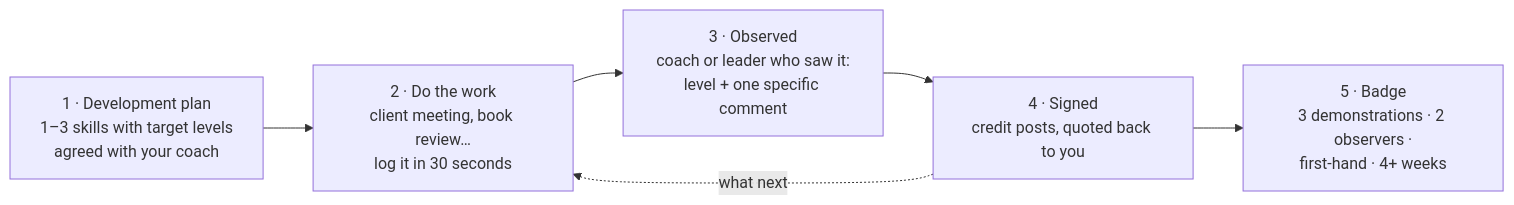
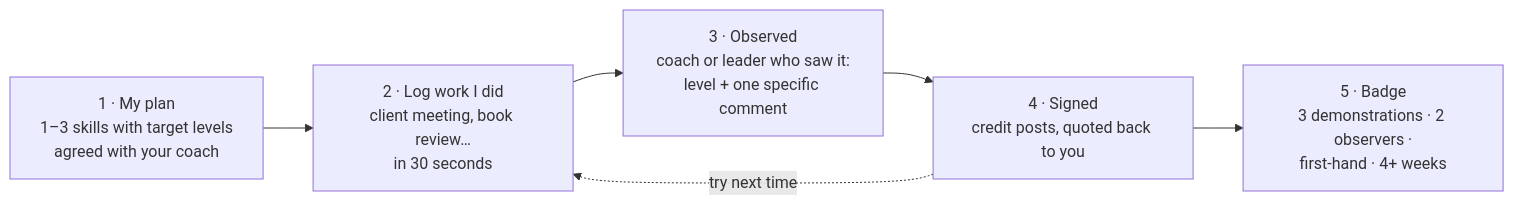
The second of 3 diagrams in docs/product/overview.md (brandonbryant12/project-x), drawn with Mermaid before and after one commit. The commit also changed other lines of this file and 8 other files, not shown here.

````diff
--- a/docs/product/overview.md
+++ b/docs/product/overview.md
@@ -39,10 +53,10 @@
 ```mermaid
 flowchart LR
-  plan["1 · Development plan<br/>1–3 skills with target levels<br/>agreed with your coach"]
-  work["2 · Do the work<br/>client meeting, book review…<br/>log it in 30 seconds"]
+  plan["1 · My plan<br/>1–3 skills with target levels<br/>agreed with your coach"]
+  work["2 · Log work I did<br/>client meeting, book review…<br/>in 30 seconds"]
   observe["3 · Observed<br/>coach or leader who saw it:<br/>level + one specific comment"]
   sign["4 · Signed<br/>credit posts, quoted back to you"]
   badge["5 · Badge<br/>3 demonstrations · 2 observers ·<br/>first-hand · 4+ weeks"]
   plan --> work --> observe --> sign --> badge
-  sign -. "what next" .-> work
+  sign -. "try next time" .-> work
 ```
````
